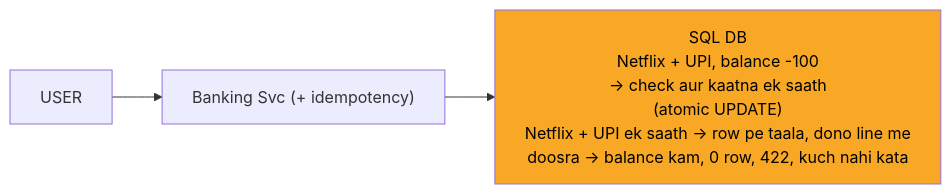
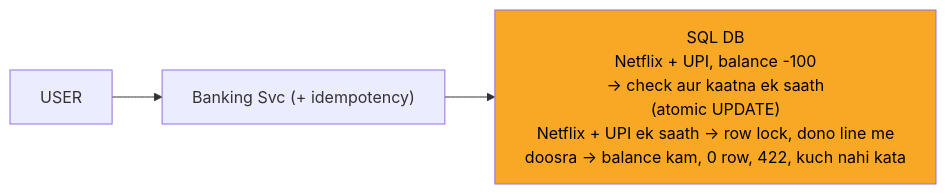
One commit to ArpanMaheshwari144/Prep changed the fourth of 13 diagrams in 04_HLD/SYSTEM_DESIGNS/13_banking_system/13_banking_system.md. Above: the diagram before and after it, drawn with Mermaid. The commit also changed other lines of this file and 13 other files, not shown here.

````diff
--- a/04_HLD/SYSTEM_DESIGNS/13_banking_system/13_banking_system.md
+++ b/04_HLD/SYSTEM_DESIGNS/13_banking_system/13_banking_system.md
@@ -148,10 +148,10 @@
 ```mermaid
 %%{init: {"flowchart": {"wrappingWidth": 450}}}%%
 flowchart LR
     n_USER["USER"]
     n_SVC["Banking Svc (+ idempotency)"]
-    n_DB["SQL DB<br/>Netflix + UPI, balance -100<br/>-> check aur kaatna ek saath<br/>(atomic UPDATE)<br/>Netflix + UPI ek saath -> row pe taala, dono line me<br/>doosra -> balance kam, 0 row, 422, kuch nahi kata"]
+    n_DB["SQL DB<br/>Netflix + UPI, balance -100<br/>-> check aur kaatna ek saath<br/>(atomic UPDATE)<br/>Netflix + UPI ek saath -> row lock, dono line me<br/>doosra -> balance kam, 0 row, 422, kuch nahi kata"]
     n_USER --> n_SVC
     n_SVC --> n_DB
     style n_DB fill:#f9a825,color:#000
 ```
````
